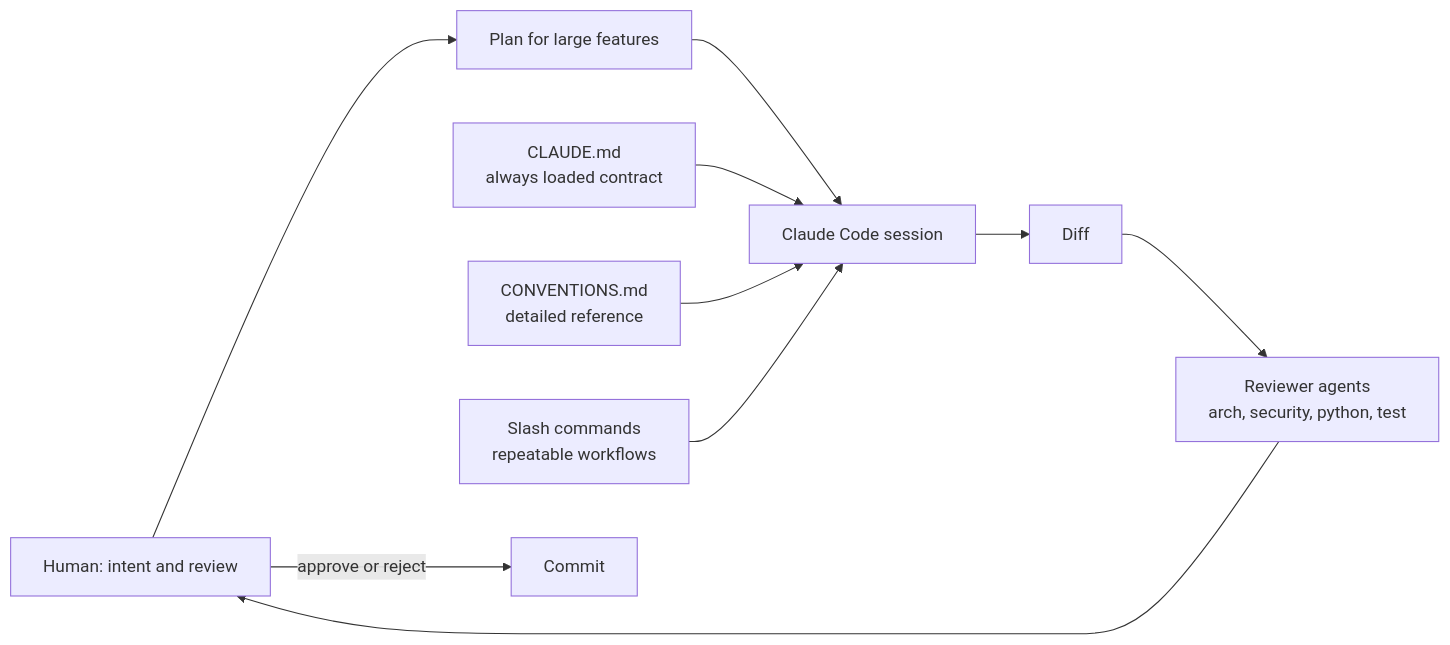
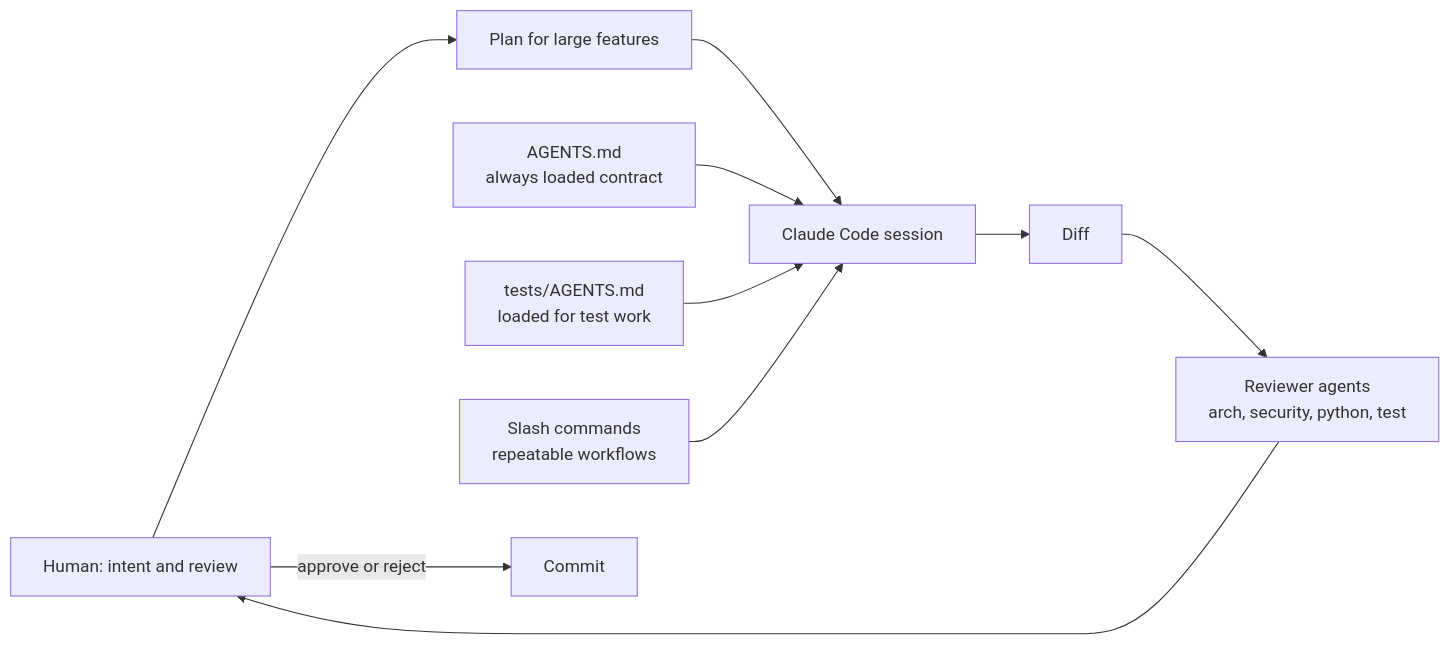
The second of 2 diagrams in docs/technical/ai-assisted-development.md (ychab/museflow), drawn with Mermaid before and after one commit. The commit also changed other lines of this file and 12 other files, not shown here.

````diff
--- a/docs/technical/ai-assisted-development.md
+++ b/docs/technical/ai-assisted-development.md
@@ -65,12 +67,12 @@
 ```mermaid
 flowchart LR
     H["Human: intent and review"] --> P["Plan for large features"]
     P --> C["Claude Code session"]
-    CL["CLAUDE.md<br/>always loaded contract"] --> C
-    CV["CONVENTIONS.md<br/>detailed reference"] --> C
+    CL["AGENTS.md<br/>always loaded contract"] --> C
+    CV["tests/AGENTS.md<br/>loaded for test work"] --> C
     CMD["Slash commands<br/>repeatable workflows"] --> C
     C --> D["Diff"]
     D --> A["Reviewer agents<br/>arch, security, python, test"]
     A --> H
     H -->|"approve or reject"| G["Commit"]
 ```
````
